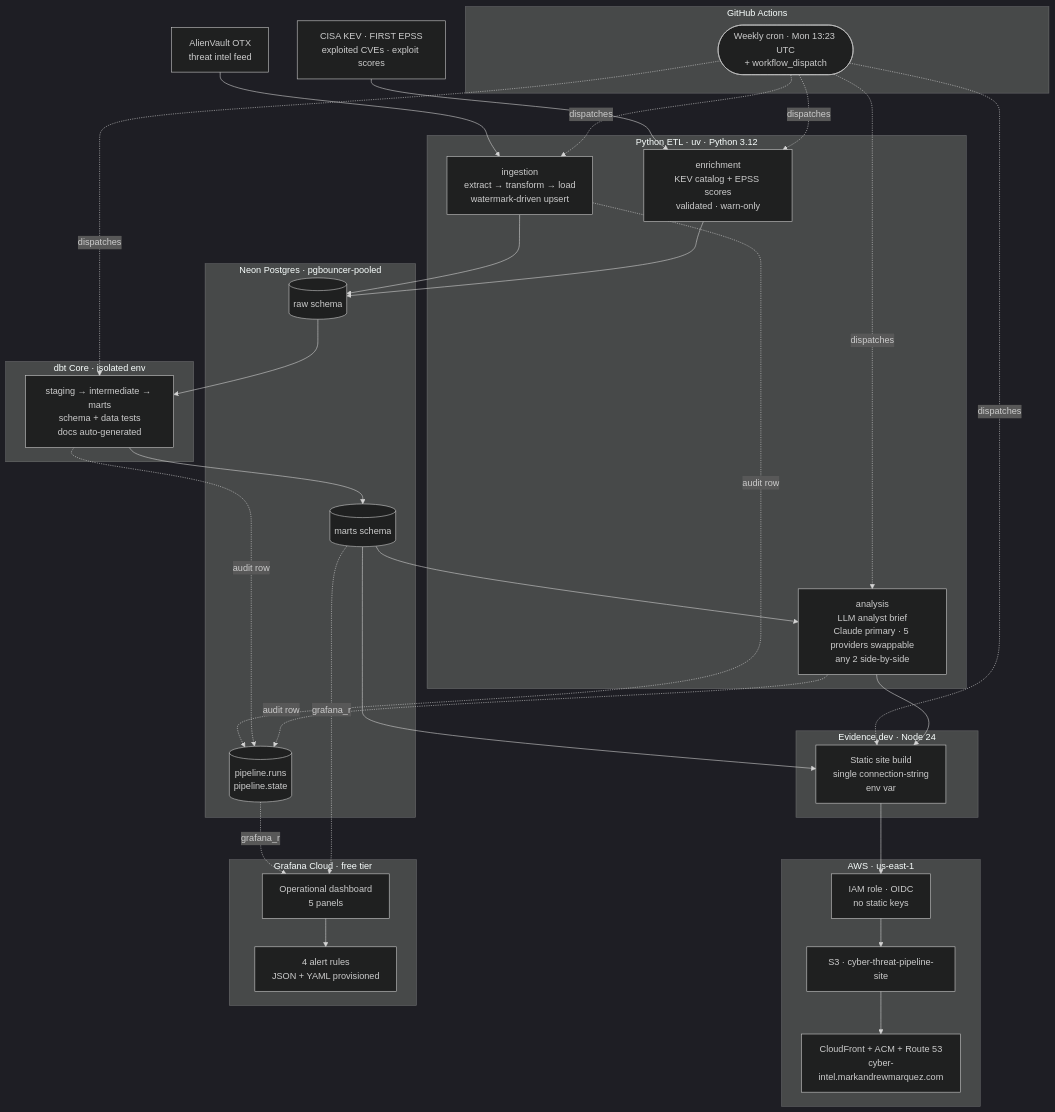
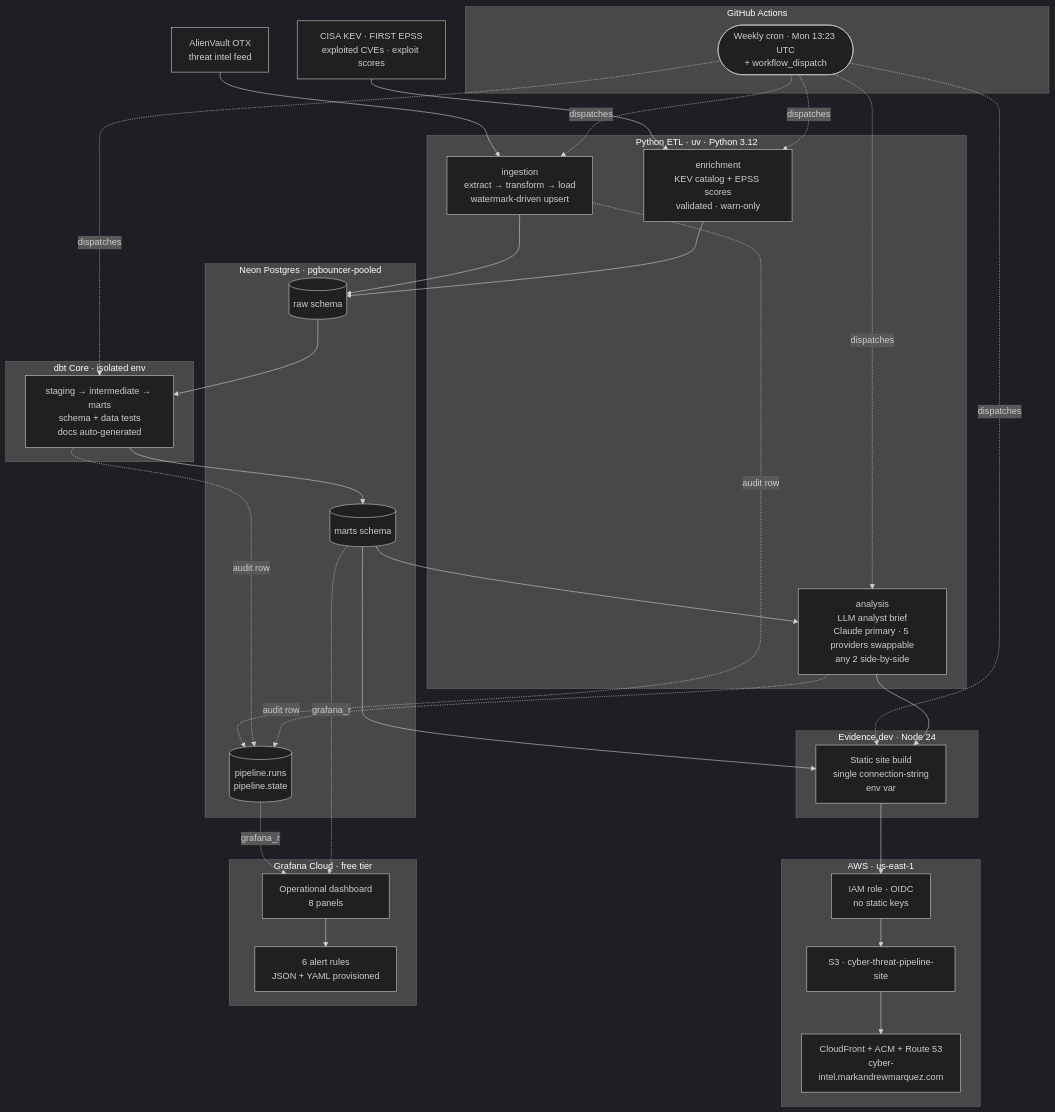
The diagram in docs/architecture.md (marky224/cyber-threat-pipeline), drawn with Mermaid (dark theme) before and after one commit. The commit also changed other lines of this file and 6 other files, not shown here.

````diff
--- a/docs/architecture.md
+++ b/docs/architecture.md
@@ -7,63 +7,63 @@
 ```mermaid
 flowchart TB
     OTX[AlienVault OTX<br/>threat intel feed]
     Feeds[CISA KEV · FIRST EPSS<br/>exploited CVEs · exploit scores]
 
     subgraph GH["GitHub Actions"]
         Cron(["Weekly cron · Mon 13:23 UTC<br/>+ workflow_dispatch"])
     end
 
     subgraph App["Python ETL · uv · Python 3.12"]
         Ingest["ingestion<br/>extract → transform → load<br/>watermark-driven upsert"]
         Enrich["enrichment<br/>KEV catalog + EPSS scores<br/>validated · warn-only"]
         Analysis["analysis<br/>LLM analyst brief<br/>Claude primary · 5 providers swappable<br/>any 2 side-by-side"]
     end
 
     subgraph Neon["Neon Postgres · pgbouncer-pooled"]
         Raw[("raw schema")]
         Marts[("marts schema")]
         Audit[("pipeline.runs<br/>pipeline.state")]
     end
 
     subgraph Transform["dbt Core · isolated env"]
         DBT["staging → intermediate → marts<br/>schema + data tests<br/>docs auto-generated"]
     end
 
     subgraph Reporting["Evidence.dev · Node 24"]
         Build["Static site build<br/>single connection-string<br/>env var"]
     end
 
     subgraph AWSBox["AWS · us-east-1"]
         OIDC["IAM role · OIDC<br/>no static keys"]
         S3["S3 · cyber-threat-pipeline-site"]
         CF["CloudFront + ACM + Route 53<br/>cyber-intel.markandrewmarquez.com"]
     end
 
     subgraph Ops["Grafana Cloud · free tier"]
-        Dash["Operational dashboard<br/>5 panels"]
-        Alerts["4 alert rules<br/>JSON + YAML provisioned"]
+        Dash["Operational dashboard<br/>8 panels"]
+        Alerts["6 alert rules<br/>JSON + YAML provisioned"]
     end
 
     OTX --> Ingest
     Feeds --> Enrich
     Cron -.dispatches.-> Ingest
     Cron -.dispatches.-> Enrich
     Cron -.dispatches.-> DBT
     Cron -.dispatches.-> Analysis
     Cron -.dispatches.-> Build
     Ingest --> Raw
     Enrich --> Raw
     Raw --> DBT
     DBT --> Marts
     Marts --> Analysis
     Marts --> Build
     Analysis --> Build
     Build --> OIDC
     OIDC --> S3 --> CF
     Ingest -.audit row.-> Audit
     DBT -.audit row.-> Audit
     Analysis -.audit row.-> Audit
     Audit -.grafana_ro.-> Dash
     Marts -.grafana_ro.-> Dash
     Dash --> Alerts
 ```
````
